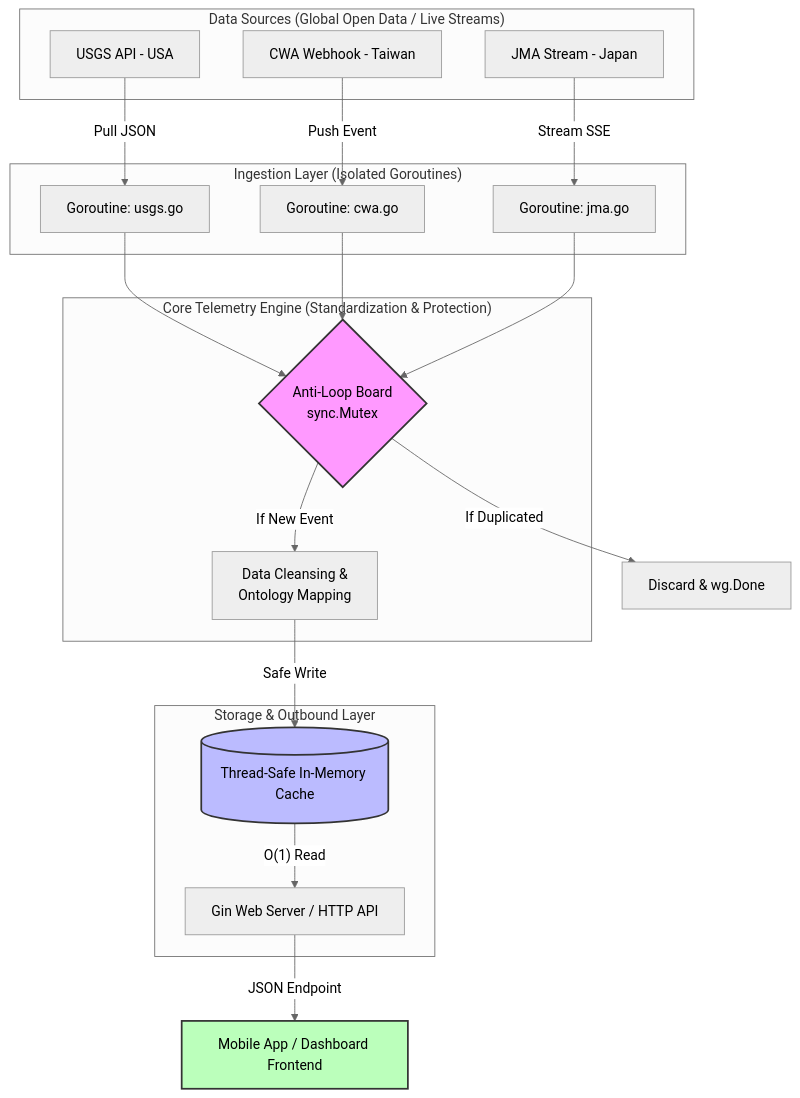
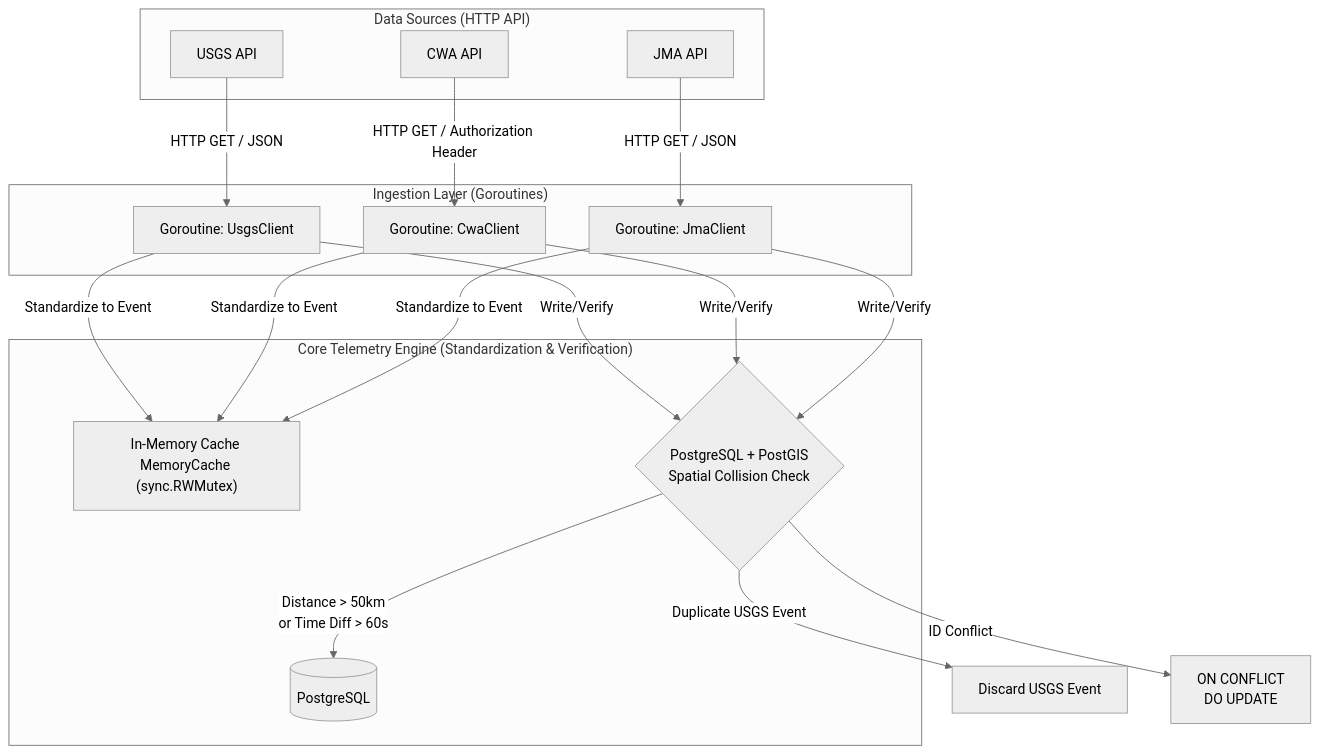
Before and after one commit to chgwyellow/AegisGeo: the diagram in README.md, drawn with Mermaid (neutral theme). The commit also changed other lines of this file, not shown here.

Commit message:
docs: update README with architectural details, PostGIS integration, and project structure

````diff
--- a/README.md
+++ b/README.md
@@ -26,49 +21,40 @@
 ```mermaid
 graph TD
     %% Source Definitions
-    subgraph sources ["Data Sources (Global Open Data / Live Streams)"]
-        USGS[USGS API - USA]
-        CWA[CWA Webhook - Taiwan]
-        JMA[JMA Stream - Japan]
+    subgraph sources ["Data Sources (HTTP API)"]
+        USGS_API[USGS API]
+        CWA_API[CWA API]
+        JMA_API[JMA API]
     end
 
     %% Ingestion Layer
-    subgraph ingestion ["Ingestion Layer (Isolated Goroutines)"]
-        G1[Goroutine: usgs.go]
-        G2[Goroutine: cwa.go]
-        G3[Goroutine: jma.go]
+    subgraph ingestion ["Ingestion Layer (Goroutines)"]
+        G1[Goroutine: UsgsClient]
+        G2[Goroutine: CwaClient]
+        G3[Goroutine: JmaClient]
     end
 
     %% Connection to Ingestion
-    USGS -->|Pull JSON| G1
-    CWA -->|Push Event| G2
-    JMA -->|Stream SSE| G3
+    USGS_API -->|HTTP GET / JSON| G1
+    CWA_API -->|HTTP GET / Authorization Header| G2
+    JMA_API -->|HTTP GET / JSON| G3
 
-    %% Concurrency & Logic Layer
-    subgraph core ["Core Telemetry Engine (Standardization & Protection)"]
-        M_Check{Anti-Loop Board <br> sync.Mutex}
-        T_Transform["Data Cleansing & <br> Ontology Mapping"]
+    %% Core Process
+    subgraph core ["Core Telemetry Engine (Standardization & Verification)"]
+        Cache["In-Memory Cache MemoryCache <br>(sync.RWMutex)"]
+        DB_Check{PostgreSQL + PostGIS <br> Spatial Collision Check}
+        SaveDB[(PostgreSQL)]
     end
 
-    G1 --> M_Check
-    G2 --> M_Check
-    G3 --> M_Check
+    G1 -->|Standardize to Event| Cache
+    G2 -->|Standardize to Event| Cache
+    G3 -->|Standardize to Event| Cache
 
-    M_Check -->|If New Event| T_Transform
-    M_Check -->|If Duplicated| Drop["Discard & wg.Done"]
+    G1 -->|Write/Verify| DB_Check
+    G2 -->|Write/Verify| DB_Check
+    G3 -->|Write/Verify| DB_Check
 
-    %% Storage & API Layer
-    subgraph storage ["Storage & Outbound Layer"]
-        Cache[("Thread-Safe In-Memory Cache")]
-        API["Gin Web Server / HTTP API"]
-    end
-
-    T_Transform -->|Safe Write| Cache
-    Cache -->|"O(1) Read"| API
-    API -->|JSON Endpoint| App["Mobile App / Dashboard Frontend"]
-
-    %% Styles
-    style M_Check fill:#f9f,stroke:#333,stroke-width:2px
-    style Cache fill:#bbf,stroke:#333,stroke-width:2px
-    style App fill:#bfb,stroke:#333,stroke-width:2px
+    DB_Check -->|Distance > 50km <br> or Time Diff > 60s| SaveDB
+    DB_Check -->|Duplicate USGS Event| Drop[Discard USGS Event]
+    DB_Check -->|ID Conflict| Upsert["ON CONFLICT <br> DO UPDATE"]
 ```
````
